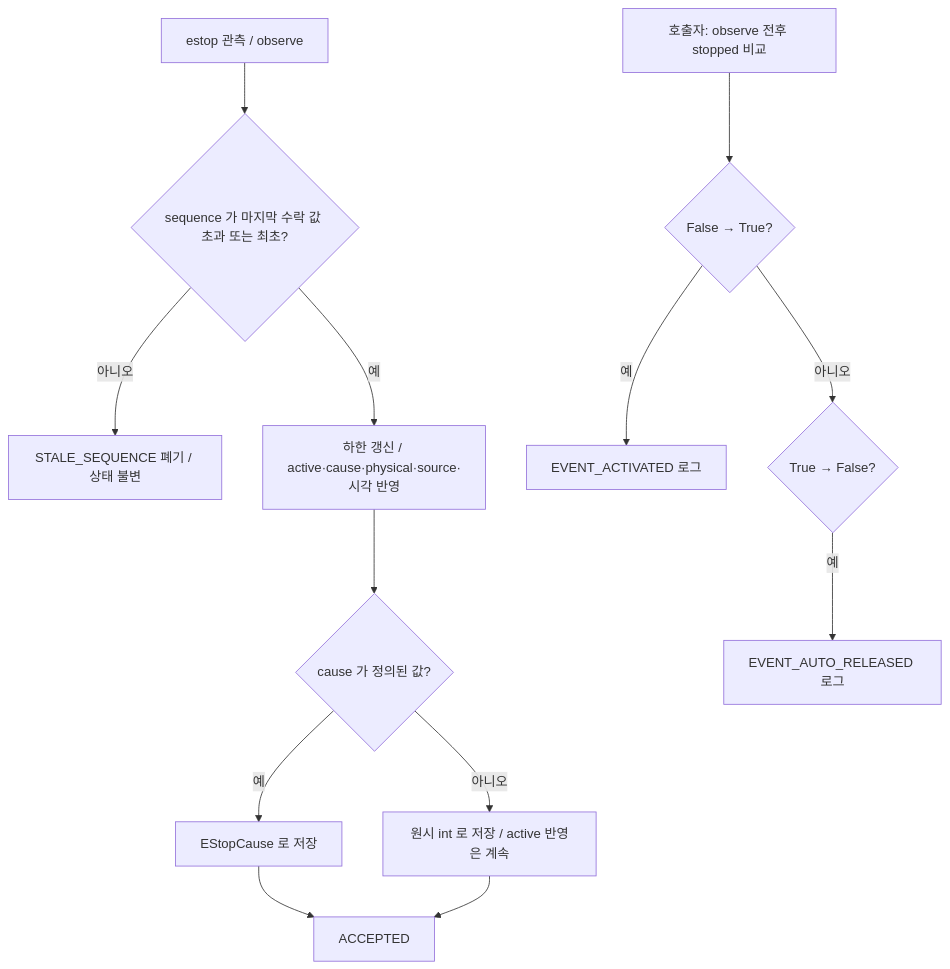
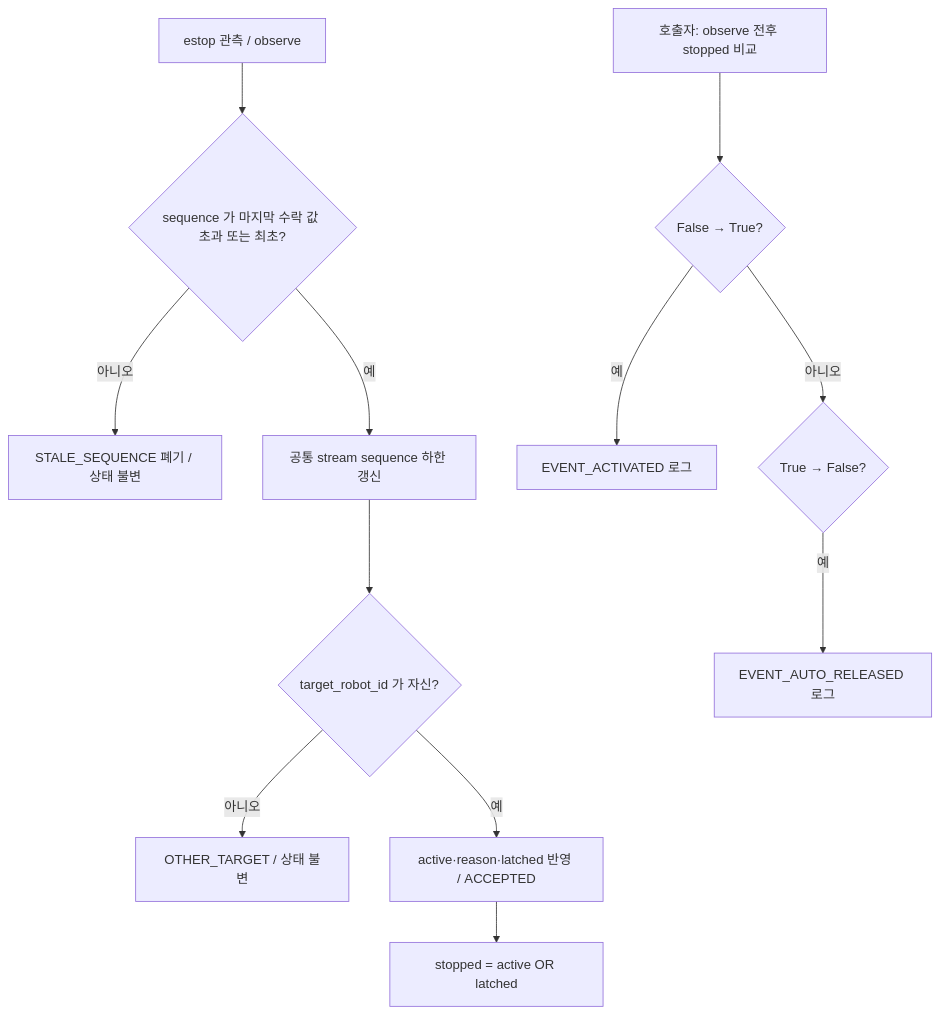
One commit to suuuhululu/patrol changed the third of 8 diagrams in docs/amr.md. Above: the diagram before and after it, drawn with Mermaid. The commit also changed other lines of this file and 25 other files, not shown here.

```diff
--- a/docs/amr.md
+++ b/docs/amr.md
@@ -188,15 +186,14 @@
 ~~~mermaid
 flowchart TD
     MSG[estop 관측 / observe] --> SEQ{sequence 가 마지막 수락 값 초과 또는 최초?}
     SEQ -->|아니오| STL[STALE_SEQUENCE 폐기 / 상태 불변]
-    SEQ -->|예| SET[하한 갱신 / active·cause·physical·source·시각 반영]
-    SET --> KNOWN{cause 가 정의된 값?}
-    KNOWN -->|예| CE[EStopCause 로 저장]
-    KNOWN -->|아니오| CR[원시 int 로 저장 / active 반영은 계속]
-    CE --> ACC[ACCEPTED]
-    CR --> ACC
+    SEQ -->|예| SET[공통 stream sequence 하한 갱신]
+    SET --> TARGET{target_robot_id 가 자신?}
+    TARGET -->|아니오| OTHER[OTHER_TARGET / 상태 불변]
+    TARGET -->|예| ACC[active·reason·latched 반영 / ACCEPTED]
+    ACC --> STOPPED[stopped = active OR latched]
     Q[호출자: observe 전후 stopped 비교] --> T1{False → True?}
     T1 -->|예| EA[EVENT_ACTIVATED 로그]
     T1 -->|아니오| T2{True → False?}
     T2 -->|예| ER[EVENT_AUTO_RELEASED 로그]
 ~~~
```
